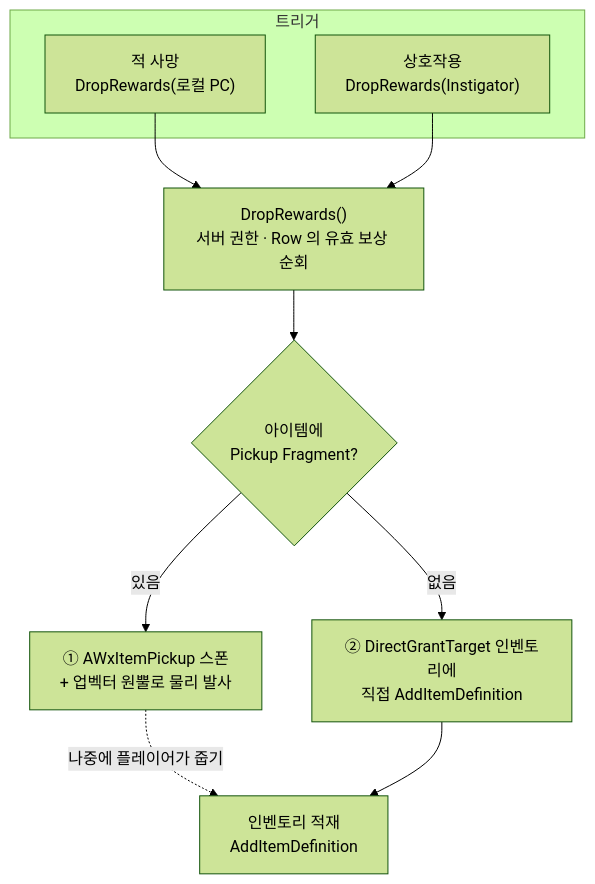
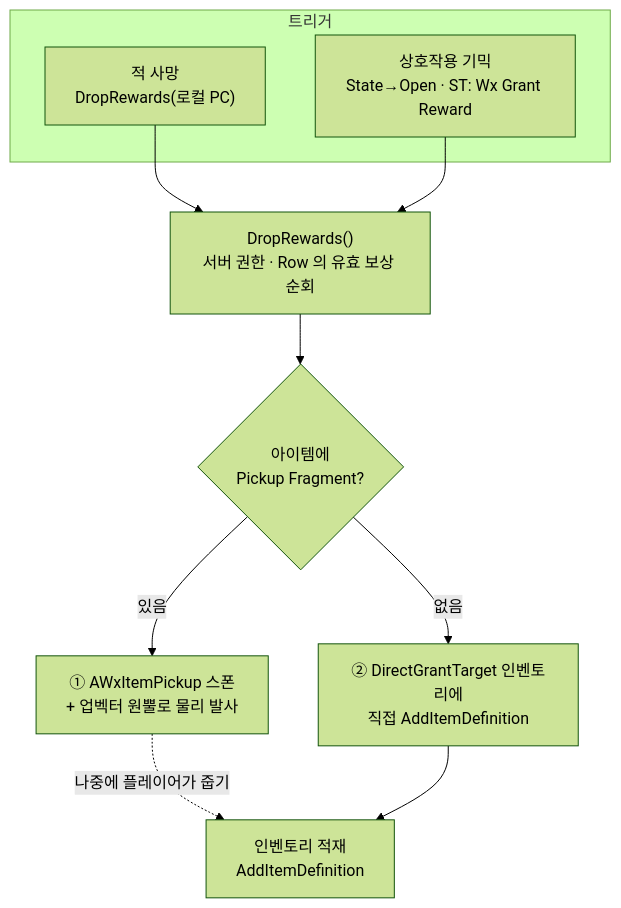
The first of 3 diagrams in Docs/Programmer/Reward_Grant_Flow.md (Woogl/ProjectWx), drawn with Mermaid (forest theme) before and after one commit. The commit also changed other lines of this file and 9 other files, not shown here.

Commit message:
보물상자 보상 지급을 StateTree Wx Grant Reward 태스크로 이관

````diff
--- a/Docs/Programmer/Reward_Grant_Flow.md
+++ b/Docs/Programmer/Reward_Grant_Flow.md
@@ -21,19 +21,19 @@
 ```mermaid
 flowchart TD
     subgraph 트리거
         Death["적 사망<br/>DropRewards(로컬 PC)"]
-        Interact["상호작용<br/>DropRewards(Instigator)"]
+        Interact["상호작용 기믹<br/>State→Open · ST: Wx Grant Reward"]
     end
 
     Death --> Drop
     Interact --> Drop
 
     Drop["DropRewards()<br/>서버 권한 · Row 의 유효 보상 순회"]
     Drop --> Q{"아이템에<br/>Pickup Fragment?"}
 
     Q -- 있음 --> Spawn["① AWxItemPickup 스폰<br/>+ 업벡터 원뿔로 물리 발사"]
     Q -- 없음 --> Grant["② DirectGrantTarget 인벤토리에<br/>직접 AddItemDefinition"]
 
     Spawn -. 나중에 플레이어가 줍기 .-> Add
     Grant --> Add["인벤토리 적재<br/>AddItemDefinition"]
 ```
````
